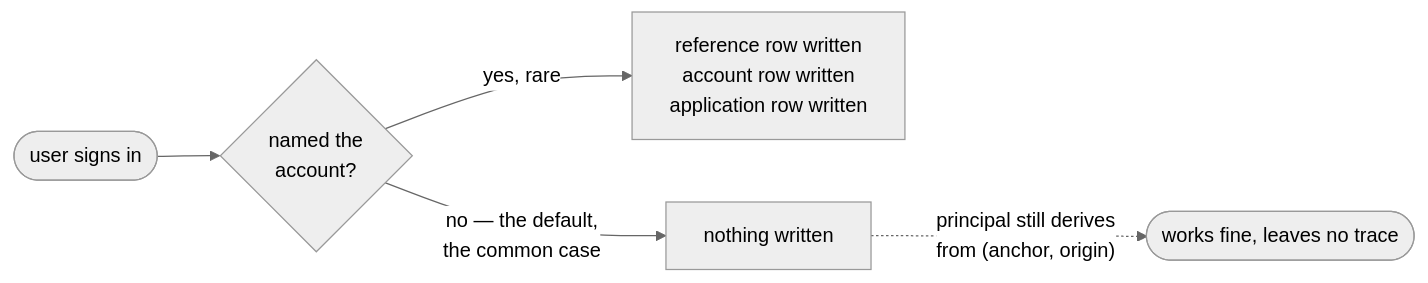
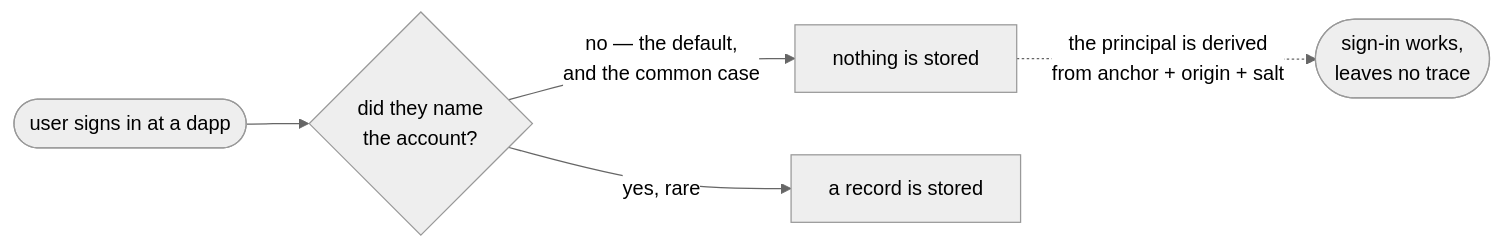
One commit to dfinity/internet-identity changed the first of 7 diagrams in docs/ongoing/tracked-default-accounts.md. Above: the diagram before and after it, drawn with Mermaid (neutral theme). The commit also changed other lines of this file, not shown here.

````diff
--- a/docs/ongoing/tracked-default-accounts.md
+++ b/docs/ongoing/tracked-default-accounts.md
@@ -13,7 +19,7 @@
 ```mermaid
 flowchart LR
-    U([user signs in]) --> Q{"named the<br/>account?"}
-    Q -->|"yes, rare"| S["reference row written<br/>account row written<br/>application row written"]
-    Q -->|"no — the default,<br/>the common case"| N["nothing written"]
-    N -.->|"principal still derives<br/>from (anchor, origin)"| P(["works fine, leaves no trace"])
+    U([user signs in at a dapp]) --> Q{"did they name<br/>the account?"}
+    Q -->|"no — the default,<br/>and the common case"| N["nothing is stored"]
+    Q -->|"yes, rare"| S["a record is stored"]
+    N -.->|"the principal is derived<br/>from anchor + origin + salt"| P(["sign-in works,<br/>leaves no trace"])
 ```
````
